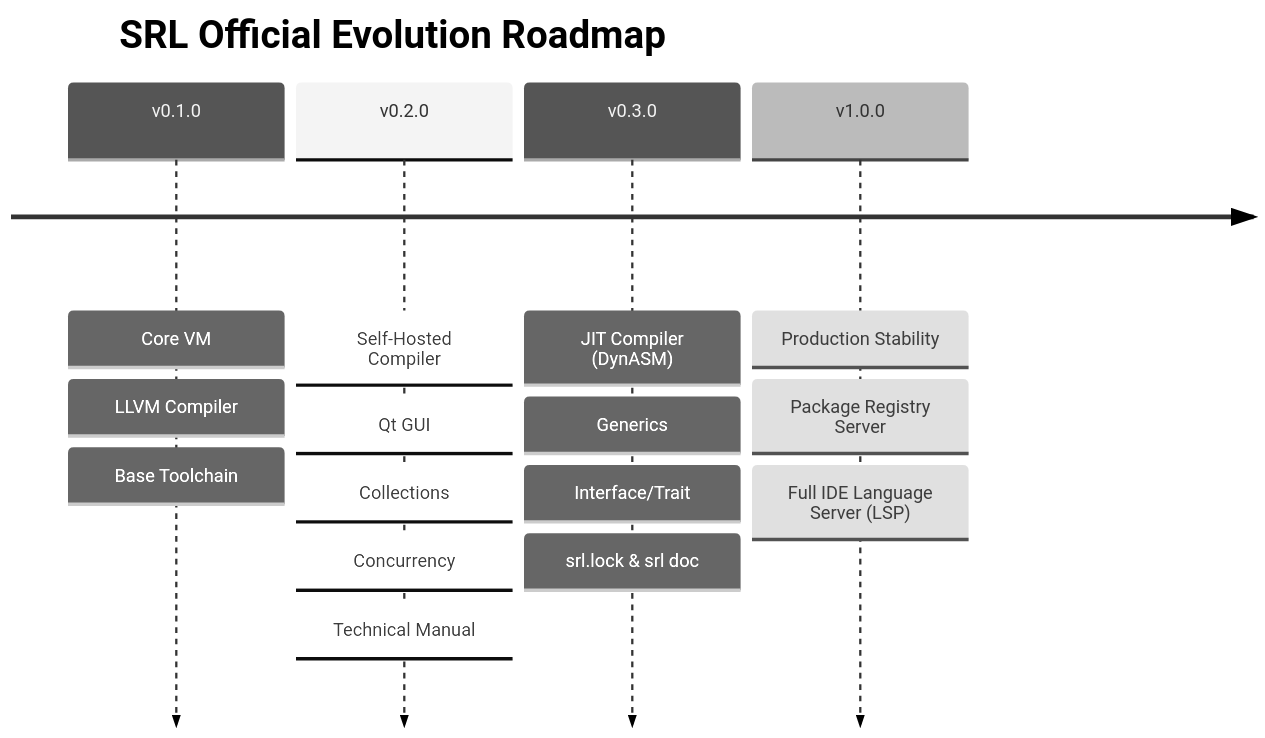
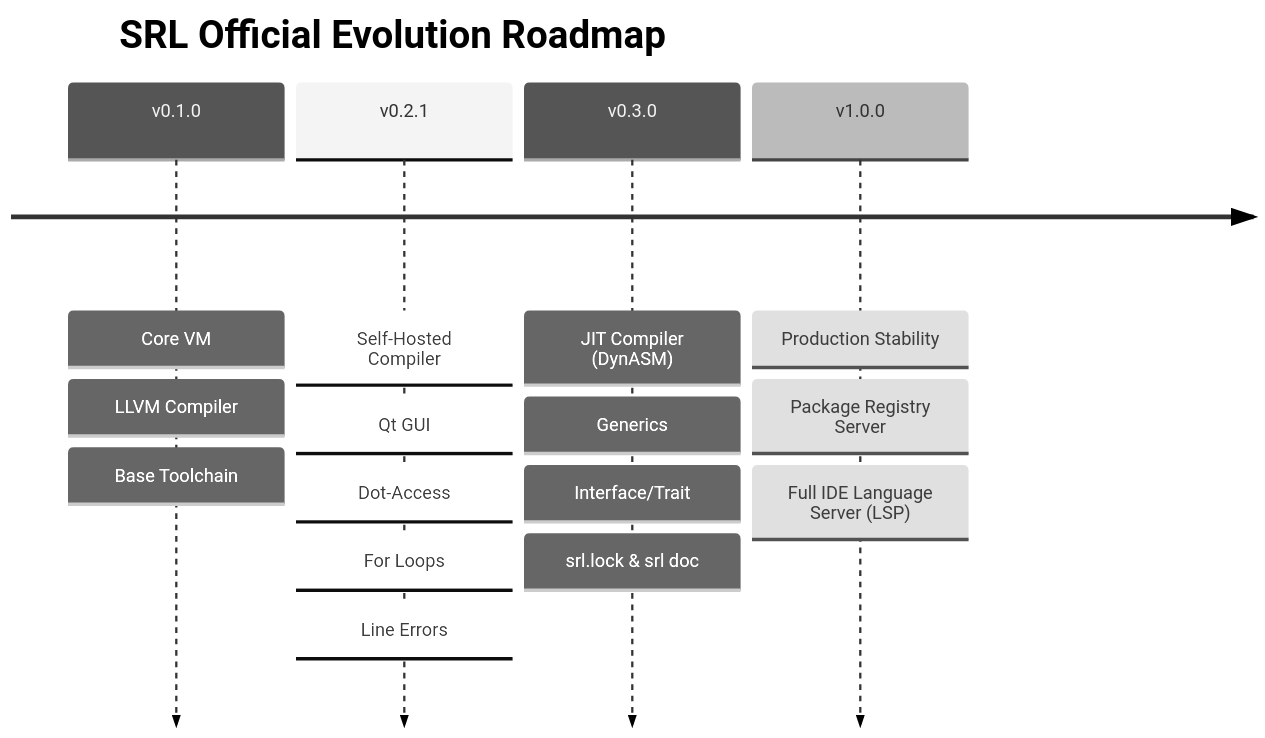
The diagram in docs/SRL_LANGUAGE_MANUAL.md (srl-lang/srl-lang), drawn with Mermaid (neutral theme) before and after one commit. The commit also changed other lines of this file and 3 other files, not shown here.

````diff
--- a/docs/SRL_LANGUAGE_MANUAL.md
+++ b/docs/SRL_LANGUAGE_MANUAL.md
@@ -409,8 +409,8 @@
 ```mermaid
 timeline
     title SRL Official Evolution Roadmap
     v0.1.0 : Core VM : LLVM Compiler : Base Toolchain
-    v0.2.0 : Self-Hosted Compiler : Qt GUI : Collections : Concurrency : Technical Manual
+    v0.2.1 : Self-Hosted Compiler : Qt GUI : Dot-Access : For Loops : Line Errors
     v0.3.0 : JIT Compiler (DynASM) : Generics : Interface/Trait : srl.lock & srl doc
     v1.0.0 : Production Stability : Package Registry Server : Full IDE Language Server (LSP)
 ```
````
